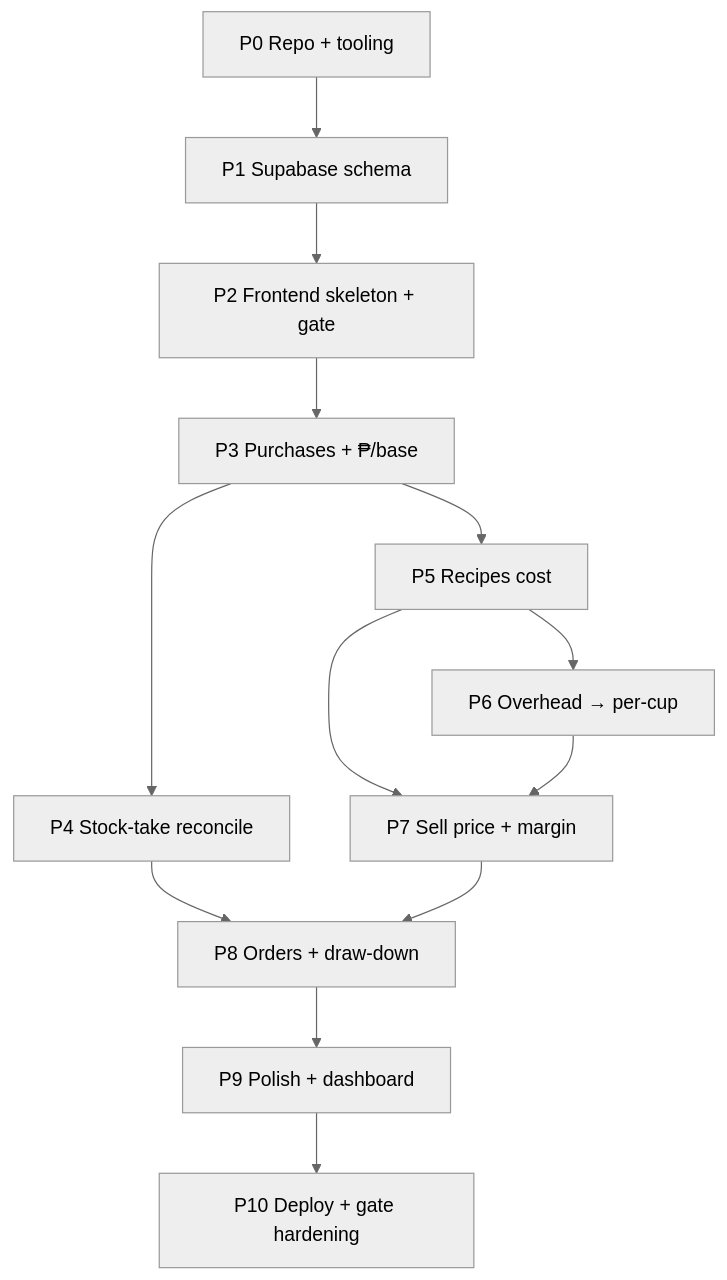
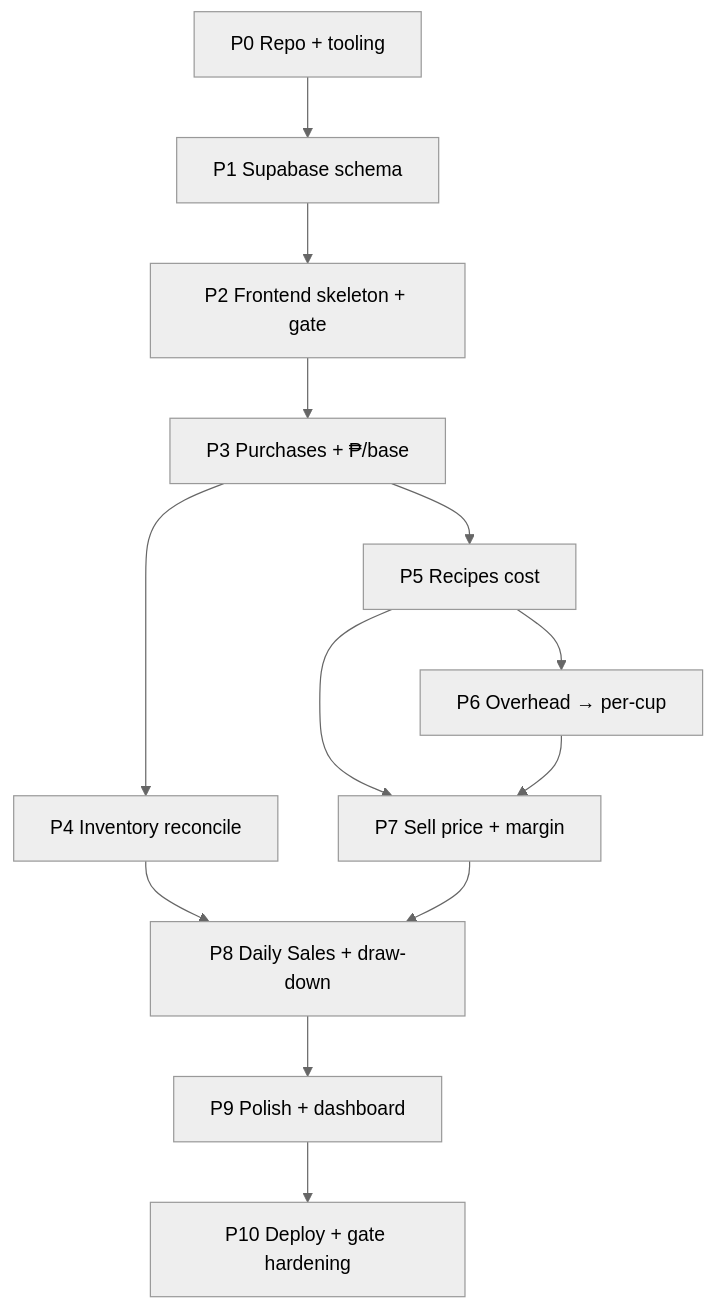
One commit to savage13317/sleepless-cafe changed the diagram in DEV_PLAN.md. Above: the diagram before and after it, drawn with Mermaid (neutral theme). The commit also changed other lines of this file and 3 other files, not shown here.

Commit message:
R11: UOM dropdown ml/mg/g/pc/kg; print buttons (inventory + daily-sales); docs updated to 6-module map (Ordering retired); latest-cost-wins caveat

````diff
--- a/DEV_PLAN.md
+++ b/DEV_PLAN.md
@@ -11,15 +13,15 @@
 ```mermaid
 graph TD
     P0["P0 Repo + tooling"] --> P1["P1 Supabase schema"]
     P1 --> P2["P2 Frontend skeleton + gate"]
     P2 --> P3["P3 Purchases + ₱/base"]
-    P3 --> P4["P4 Stock-take reconcile"]
+    P3 --> P4["P4 Inventory reconcile"]
     P3 --> P5["P5 Recipes cost"]
     P5 --> P6["P6 Overhead → per-cup"]
     P5 --> P7["P7 Sell price + margin"]
     P6 --> P7
-    P4 --> P8["P8 Orders + draw-down"]
+    P4 --> P8["P8 Daily Sales + draw-down"]
     P7 --> P8
     P8 --> P9["P9 Polish + dashboard"]
     P9 --> P10["P10 Deploy + gate hardening"]
 ```
````
